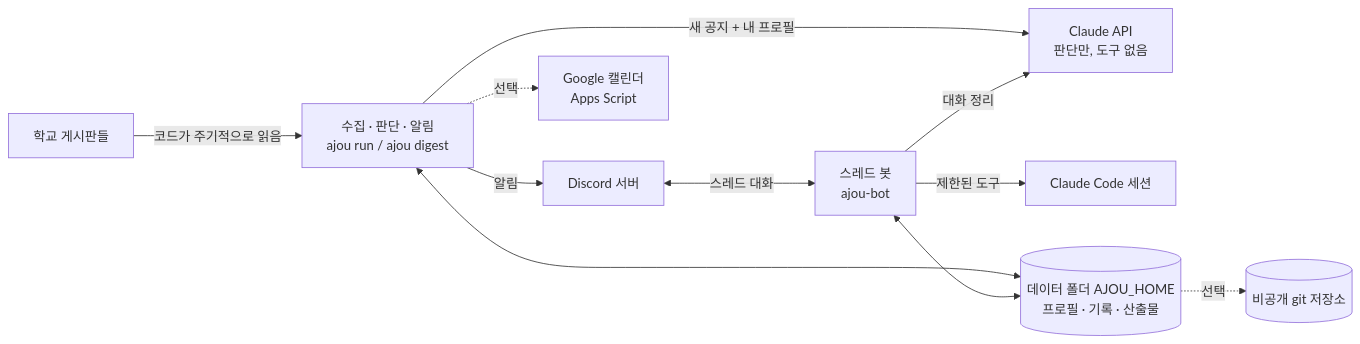
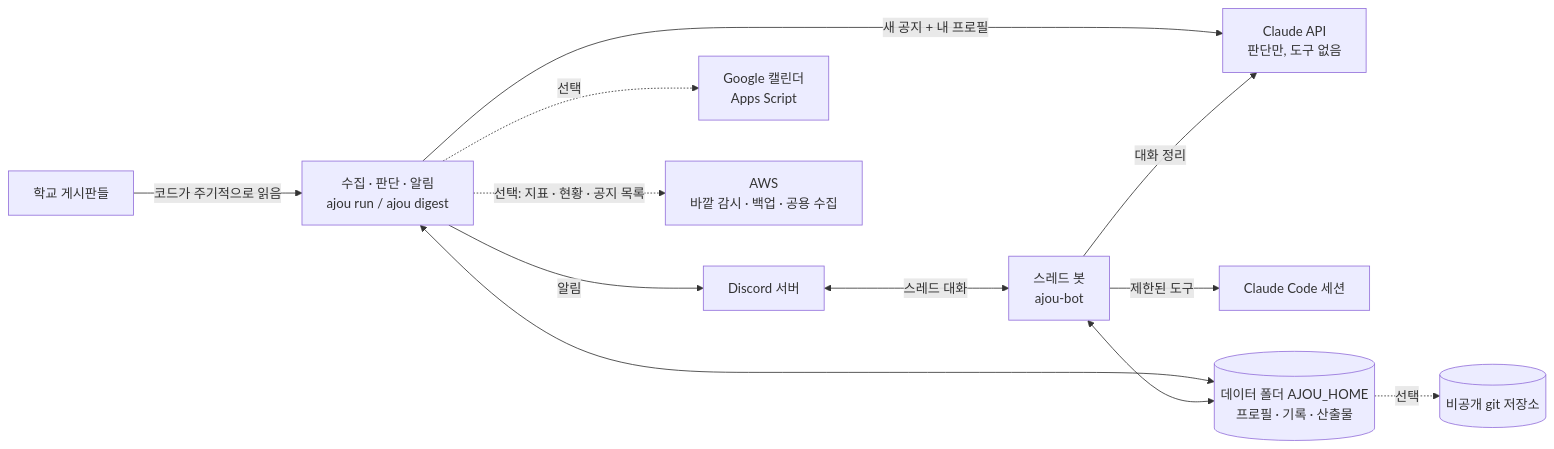
The diagram in README.md (minhowow/ajou-notice-assistant), drawn with Mermaid before and after one commit. The commit also changed other lines of this file and 12 other files, not shown here.

````diff
--- a/README.md
+++ b/README.md
@@ -32,12 +32,13 @@
 ```mermaid
 flowchart LR
   A[학교 게시판들] -->|코드가 주기적으로 읽음| C[수집 · 판단 · 알림<br/>ajou run / ajou digest]
   C -->|새 공지 + 내 프로필| H[Claude API<br/>판단만, 도구 없음]
   C -->|알림| I[Discord 서버]
   I <-->|스레드 대화| D[스레드 봇<br/>ajou-bot]
   D -->|제한된 도구| E[Claude Code 세션]
   D -->|대화 정리| H
   C & D <--> F[(데이터 폴더 AJOU_HOME<br/>프로필 · 기록 · 산출물)]
   C -.->|선택| M[Google 캘린더<br/>Apps Script]
   F -.->|선택| J[(비공개 git 저장소)]
+  C -.->|선택: 지표 · 현황 · 공지 목록| K[AWS<br/>바깥 감시 · 백업 · 공용 수집]
 ```
````
